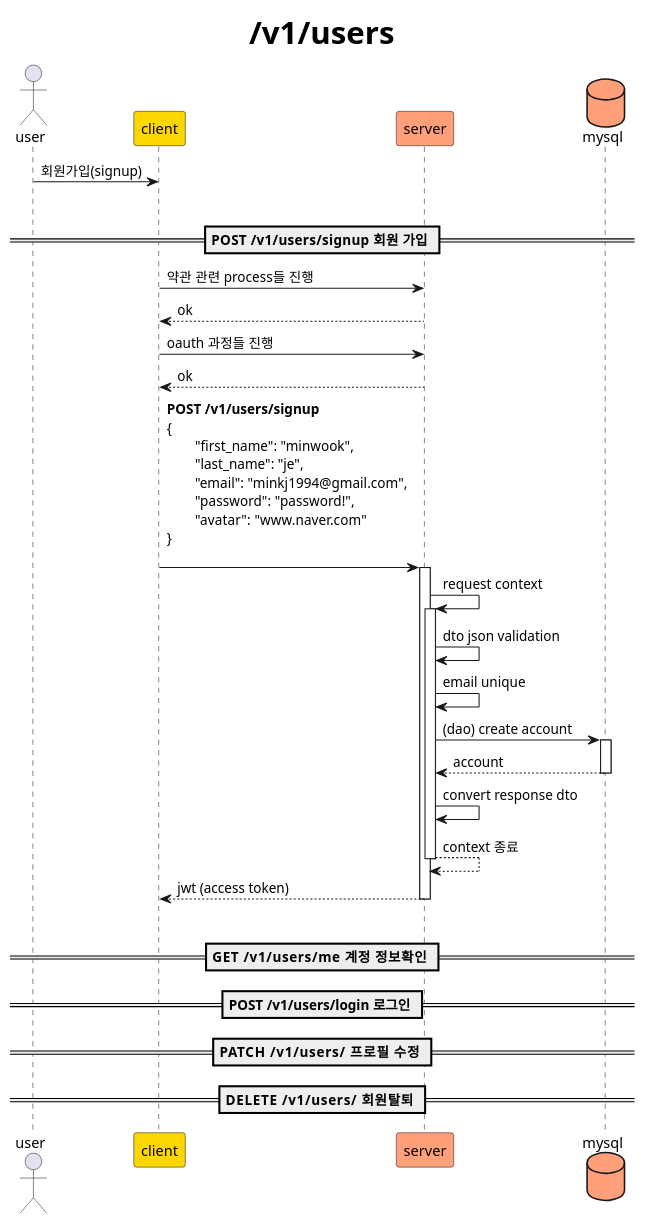
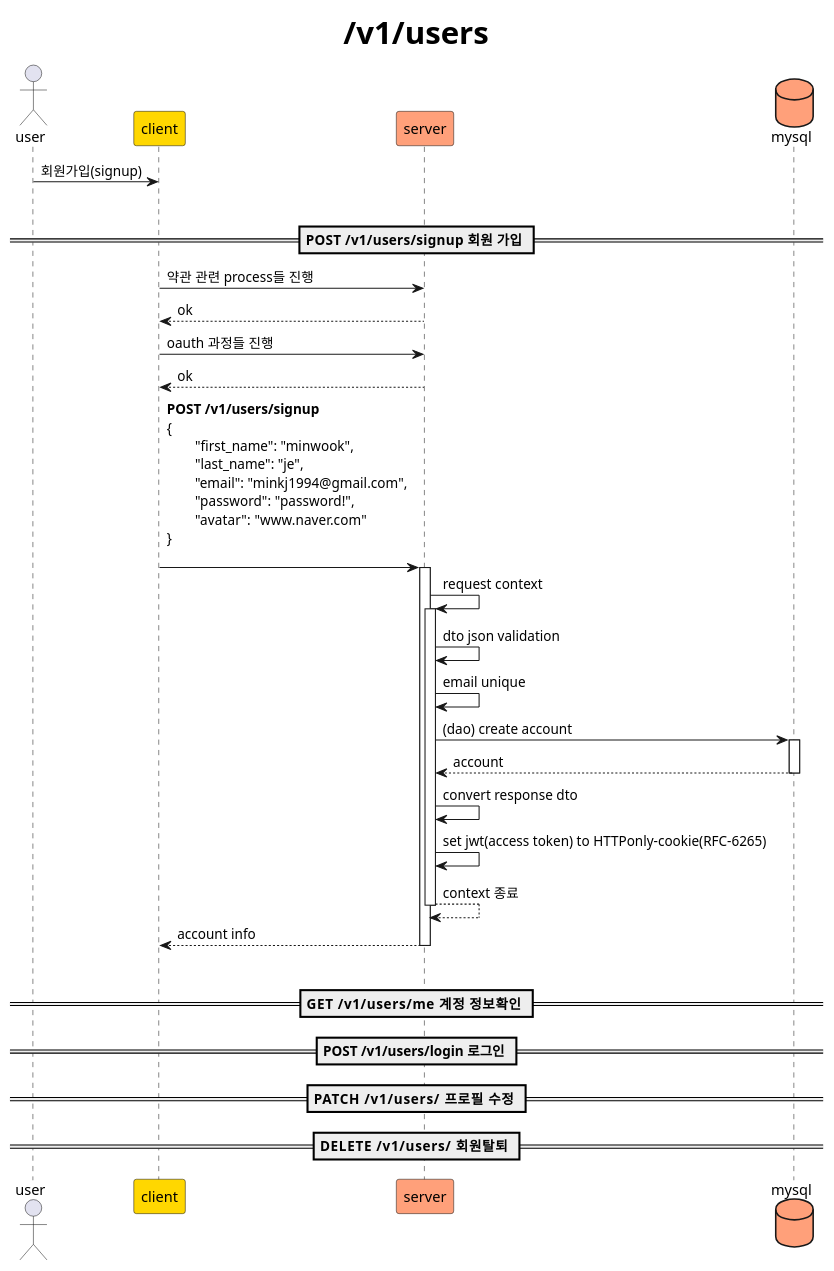
One commit to minkj1992/gin-crud changed the diagram in docs/users.puml. Above: the diagram before and after it, drawn with PlantUML. The commit also changed 2 other files, not shown here.

Commit message:
docs: about jwt logout (HttpOnly-Cookie)

```diff
--- a/docs/users.puml
+++ b/docs/users.puml
@@ -1,40 +1,41 @@
 @startuml
 
 ' client
 Actor user
 Participant client #Gold
 
 ' api
 Participant "server" as api #LightSalmon
 database "mysql" as db #LightSalmon
 
 ' title
 title <font size=30>/v1/users</font>
 
 ' 가입 동선 시작
 user -> client  : 회원가입(signup)
 |||
 
 == POST /v1/users/signup   회원 가입 ==
 client -> api: 약관 관련 process들 진행
 return ok
 client -> api: oauth 과정들 진행
 return ok
 client  -> api++: **POST /v1/users/signup**\
 \n{\n\t"first_name": "minwook",\n\t"last_name": "je",\n\t"email": "minkj1994@gmail.com",\n\t"password": "password!",\n\t"avatar": "www.naver.com"\n}\n
 api -> api++: request context 
 api -> api: dto json validation
 api -> api: email unique
 
 api -> db++: (dao) create account
 return account
 api -> api: convert response dto
+api -> api: set jwt(access token) to HTTPonly-cookie(RFC-6265)
 return context 종료
-return jwt (access token)
+return account info
 |||
 == GET /v1/users/me     계정 정보확인 ==
 == POST /v1/users/login 로그인 ==
 == PATCH /v1/users/     프로필 수정 ==
 == DELETE /v1/users/     회원탈퇴 ==
 
 @enduml
```
